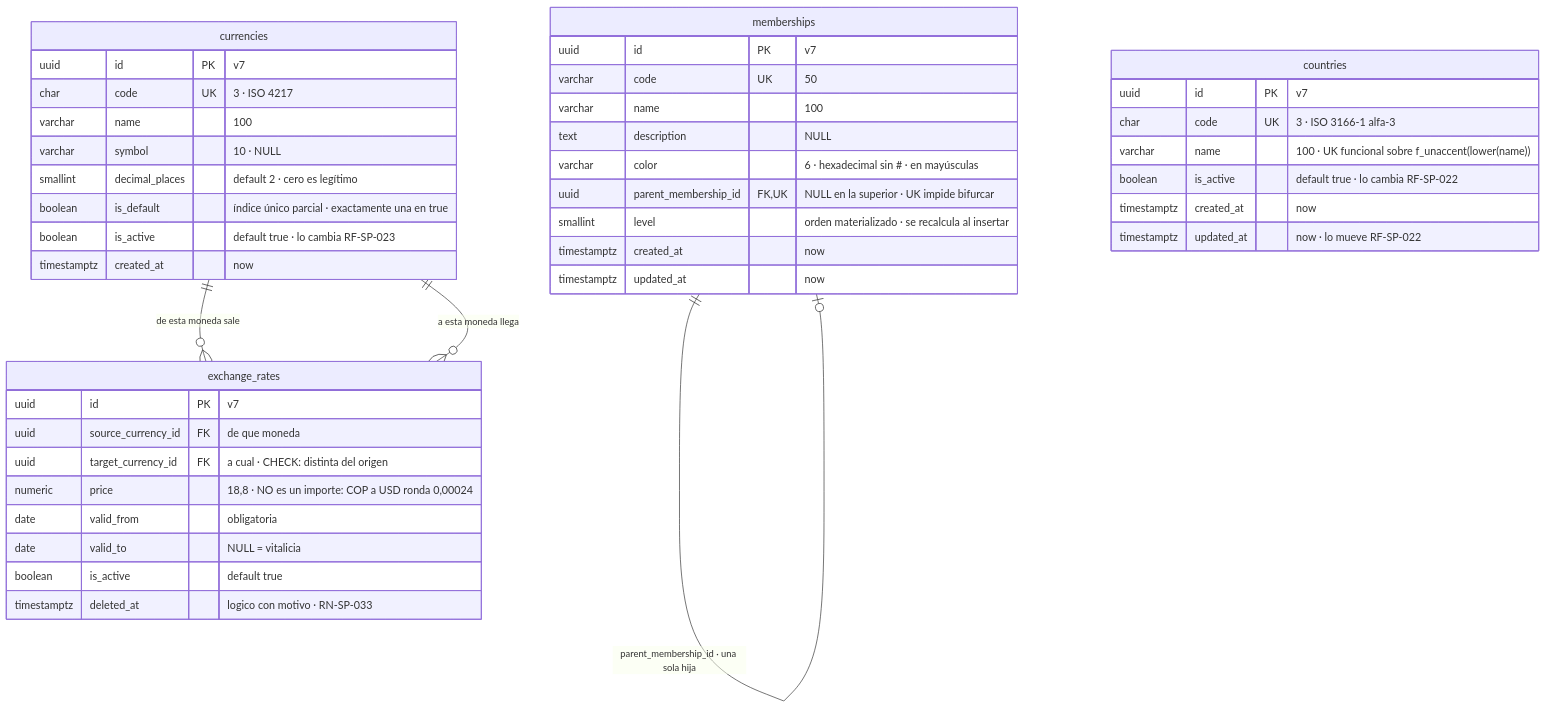
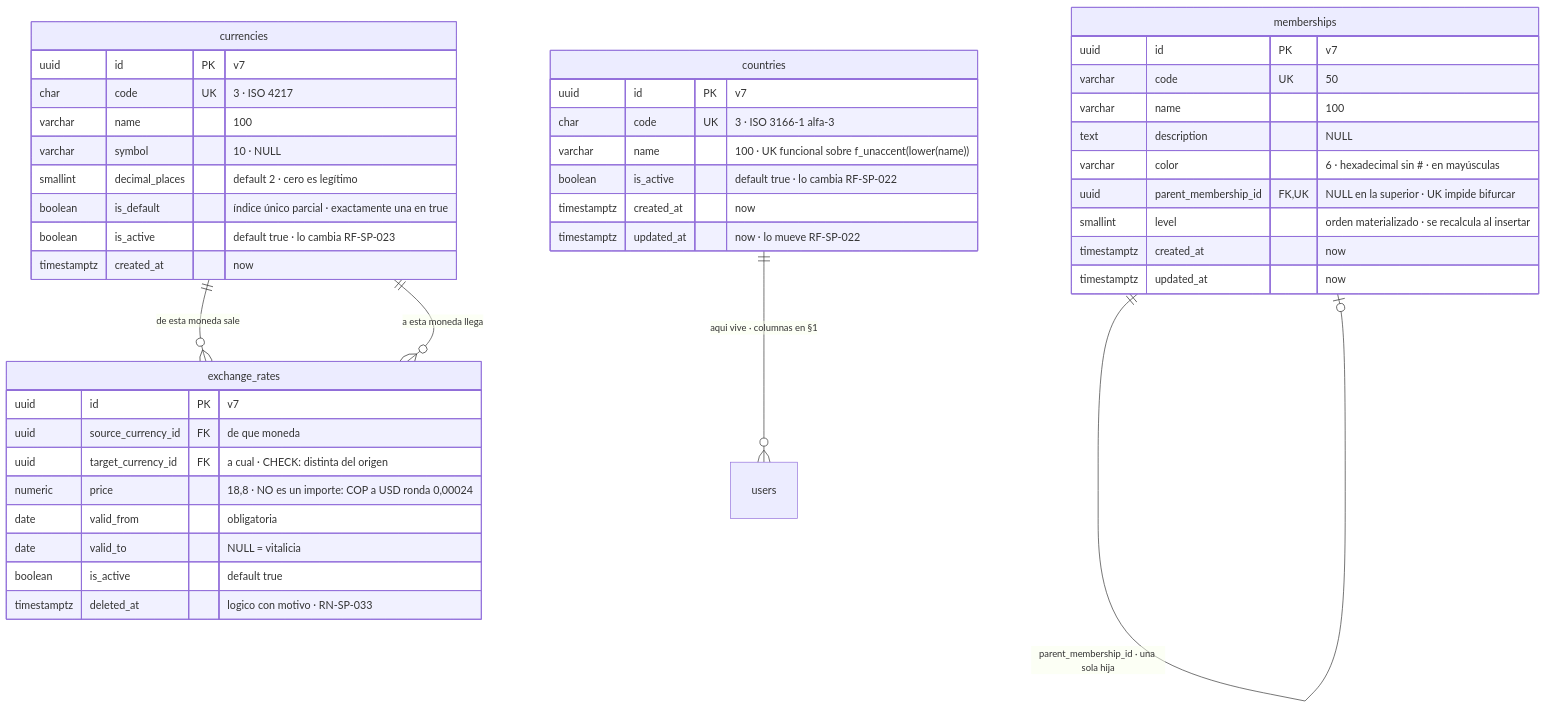
Before and after one commit to NexusPro-Dev/backend: the second of 5 diagrams in docs/modelo-datos.md, drawn with Mermaid. The commit also changed other lines of this file and 15 other files, not shown here.

````diff
--- a/docs/modelo-datos.md
+++ b/docs/modelo-datos.md
@@ -212,49 +219,50 @@
 ```mermaid
 erDiagram
     memberships ||--o| memberships : "parent_membership_id · una sola hija"
     currencies  ||--o{ exchange_rates : "de esta moneda sale"
     currencies  ||--o{ exchange_rates : "a esta moneda llega"
+    countries   ||--o{ users : "aqui vive · columnas en §1"
 
     memberships {
         uuid id PK "v7"
         varchar code UK "50"
         varchar name "100"
         text description "NULL"
         varchar color "6 · hexadecimal sin # · en mayúsculas"
         uuid parent_membership_id FK,UK "NULL en la superior · UK impide bifurcar"
         smallint level "orden materializado · se recalcula al insertar"
         timestamptz created_at "now"
         timestamptz updated_at "now"
     }
 
     currencies {
         uuid id PK "v7"
         char code UK "3 · ISO 4217"
         varchar name "100"
         varchar symbol "10 · NULL"
         smallint decimal_places "default 2 · cero es legítimo"
         boolean is_default "índice único parcial · exactamente una en true"
         boolean is_active "default true · lo cambia RF-SP-023"
         timestamptz created_at "now"
     }
 
     countries {
         uuid id PK "v7"
         char code UK "3 · ISO 3166-1 alfa-3"
         varchar name "100 · UK funcional sobre f_unaccent(lower(name))"
         boolean is_active "default true · lo cambia RF-SP-022"
         timestamptz created_at "now"
         timestamptz updated_at "now · lo mueve RF-SP-022"
     }
 
     exchange_rates {
         uuid id PK "v7"
         uuid source_currency_id FK "de que moneda"
         uuid target_currency_id FK "a cual · CHECK: distinta del origen"
         numeric price "18,8 · NO es un importe: COP a USD ronda 0,00024"
         date valid_from "obligatoria"
         date valid_to "NULL = vitalicia"
         boolean is_active "default true"
         timestamptz deleted_at "logico con motivo · RN-SP-033"
     }
 ```
````
